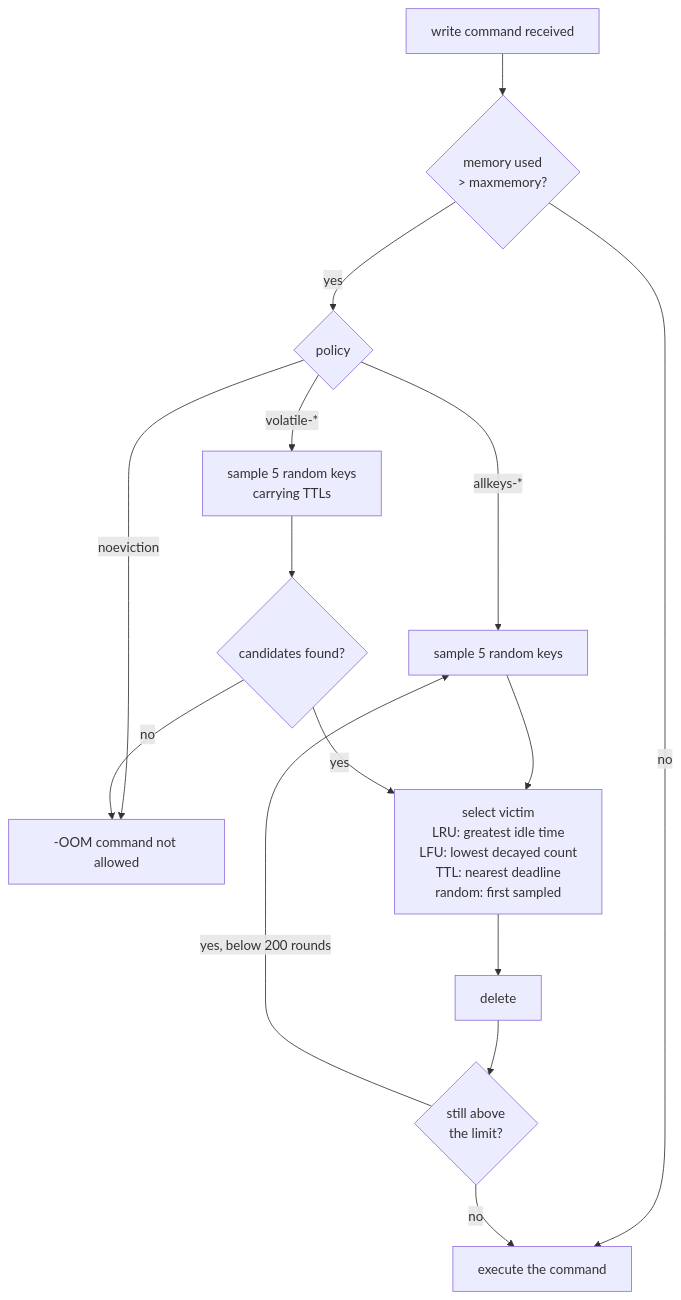
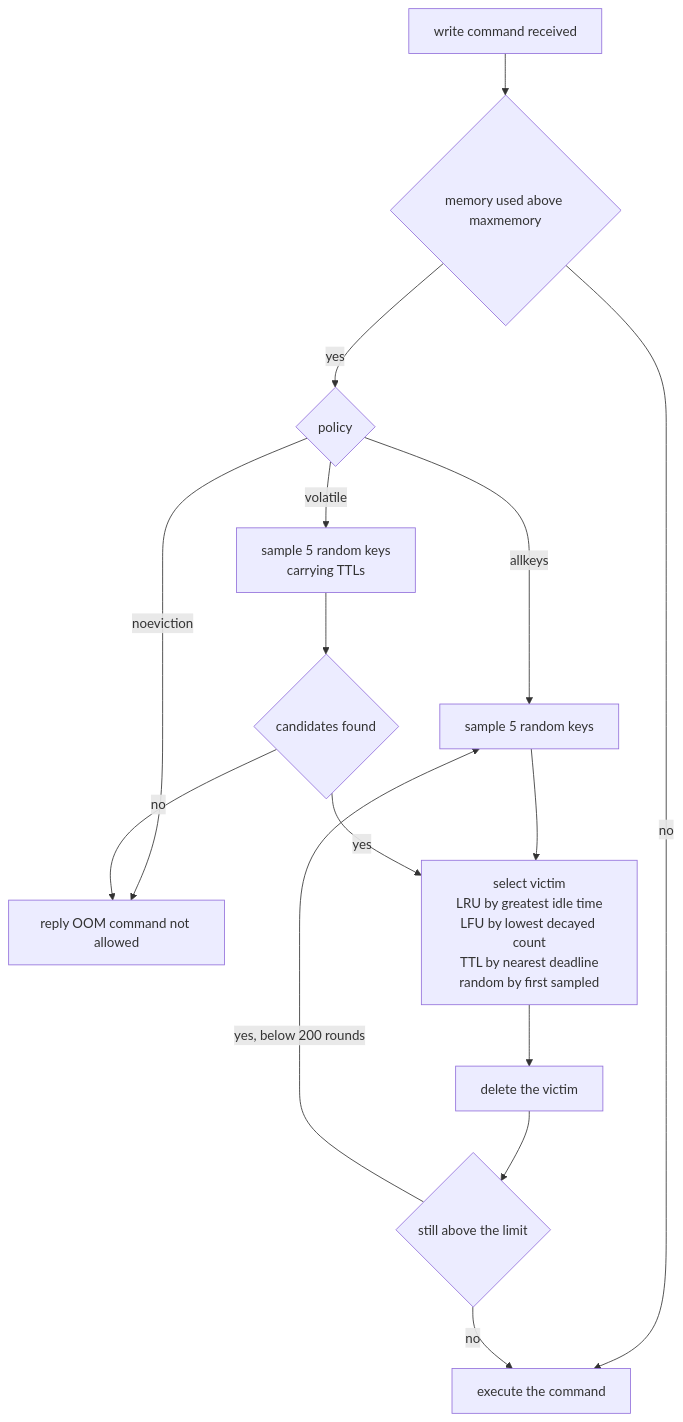
Before and after one commit to AviK0928/RedisGo: the sixth of 9 diagrams in ARCHITECTURE.md, drawn with Mermaid. The commit also changed other lines of this file, not shown here.

Commit message:
Refine terminology in ARCHITECTURE.md

````diff
--- a/ARCHITECTURE.md
+++ b/ARCHITECTURE.md
@@ -248,22 +247,22 @@
 ```mermaid
 flowchart TD
-    w[write command received] --> chk{"memory used<br/>&gt; maxmemory?"}
+    w[write command received] --> chk{"memory used above maxmemory"}
     chk -->|no| run[execute the command]
 
     chk -->|yes| pol{policy}
-    pol -->|noeviction| oom["-OOM command not allowed"]
+    pol -->|noeviction| oom["reply OOM command not allowed"]
 
-    pol -->|allkeys-*| s1[sample 5 random keys]
-    pol -->|volatile-*| s2[sample 5 random keys<br/>carrying TTLs]
+    pol -->|allkeys| s1[sample 5 random keys]
+    pol -->|volatile| s2["sample 5 random keys<br/>carrying TTLs"]
 
     s1 --> pick
-    s2 --> empty{candidates found?}
+    s2 --> empty{candidates found}
     empty -->|no| oom
     empty -->|yes| pick
 
-    pick["select victim<br/>LRU: greatest idle time<br/>LFU: lowest decayed count<br/>TTL: nearest deadline<br/>random: first sampled"]
-    pick --> del[delete]
-    del --> again{"still above<br/>the limit?"}
+    pick["select victim<br/>LRU by greatest idle time<br/>LFU by lowest decayed count<br/>TTL by nearest deadline<br/>random by first sampled"]
+    pick --> del[delete the victim]
+    del --> again{"still above the limit"}
     again -->|yes, below 200 rounds| s1
     again -->|no| run
 ```
````
